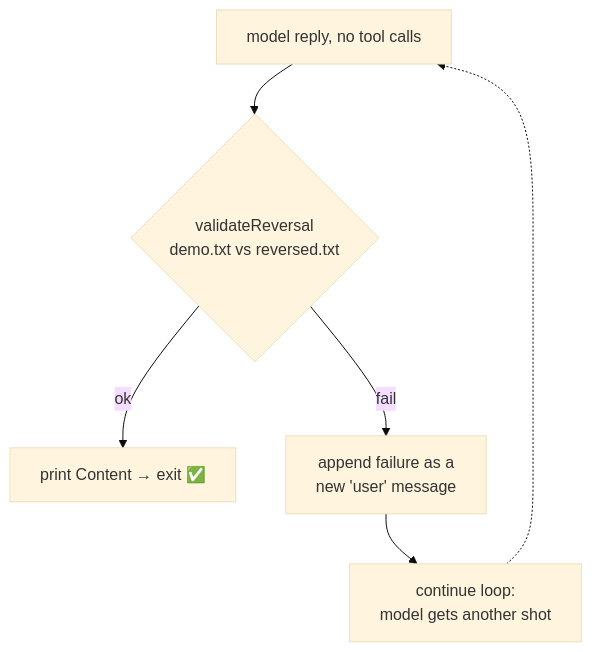
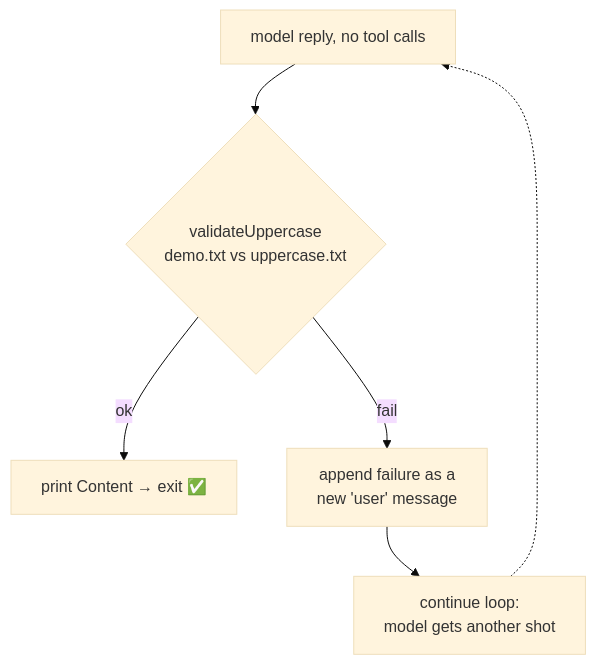
Before and after one commit to tclaudel/agent_workshop: the first of 2 diagrams in milestone-4/docs.md, drawn with Mermaid (base theme). The commit also changed other lines of this file and 10 other files, not shown here.

````diff
--- a/milestone-4/docs.md
+++ b/milestone-4/docs.md
@@ -17,8 +17,8 @@
 ```mermaid
 flowchart TD
-    resp[model reply, no tool calls] --> validate{validateReversal<br/>demo.txt vs reversed.txt}
+    resp[model reply, no tool calls] --> validate{validateUppercase<br/>demo.txt vs uppercase.txt}
     validate -->|ok| done[print Content → exit ✅]
     validate -->|fail| feedback[append failure as a<br/>new 'user' message]
     feedback --> loop[continue loop:<br/>model gets another shot]
     loop -.-> resp
 ```
````
